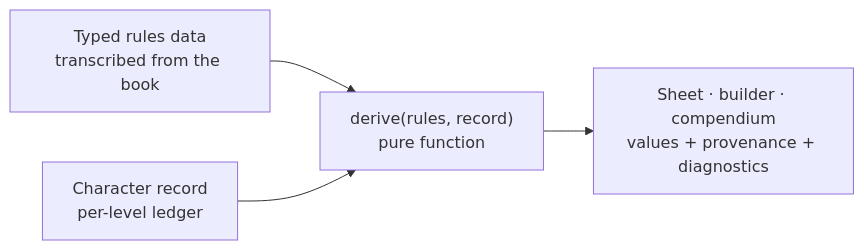
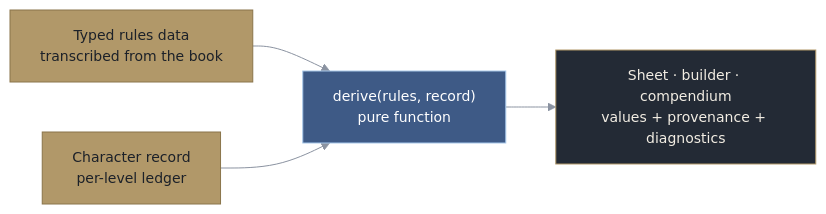
One commit to codex-magica/codex-magica.github.io changed the second of 3 diagrams in README.md. Above: the diagram before and after it, drawn with Mermaid. The commit also changed other lines of this file and 1 other file, not shown here.

First line of the commit message:
Style the Mermaid diagrams so GitHub renders them as intended

````diff
--- a/README.md
+++ b/README.md
@@ -188,6 +193,11 @@
 ```mermaid
+%%{init: {"theme": "base", "fontFamily": "Helvetica, Arial, sans-serif", "themeVariables": {"fontFamily": "Helvetica, Arial, sans-serif", "fontSize": "14px", "primaryColor": "#232a35", "primaryTextColor": "#f2ede3", "primaryBorderColor": "#b19869", "lineColor": "#8b93a1", "textColor": "#f2ede3", "edgeLabelBackground": "#232a35"}}}%%
 flowchart LR
     DATA["Typed rules data<br/>transcribed from the book"] --> ENGINE["derive(rules, record)<br/>pure function"]
     REC["Character record<br/>per-level ledger"] --> ENGINE
     ENGINE --> SHEET["Sheet · builder · compendium<br/>values + provenance + diagnostics"]
+    classDef input fill:#b19869,stroke:#8a744a,color:#1c2129
+    classDef key fill:#3e5a86,stroke:#a7c8ea,color:#ffffff
+    class DATA,REC input
+    class ENGINE key
 ```
````
